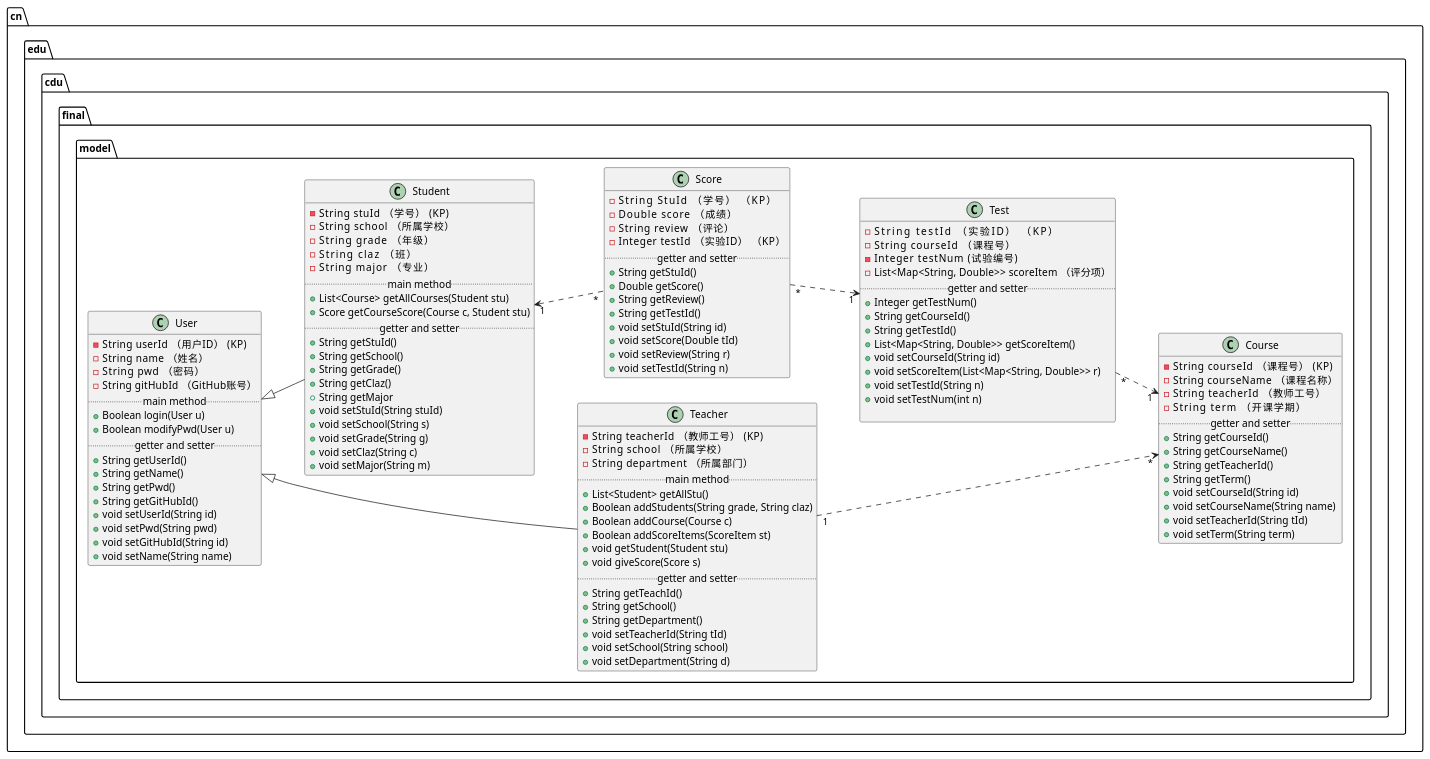
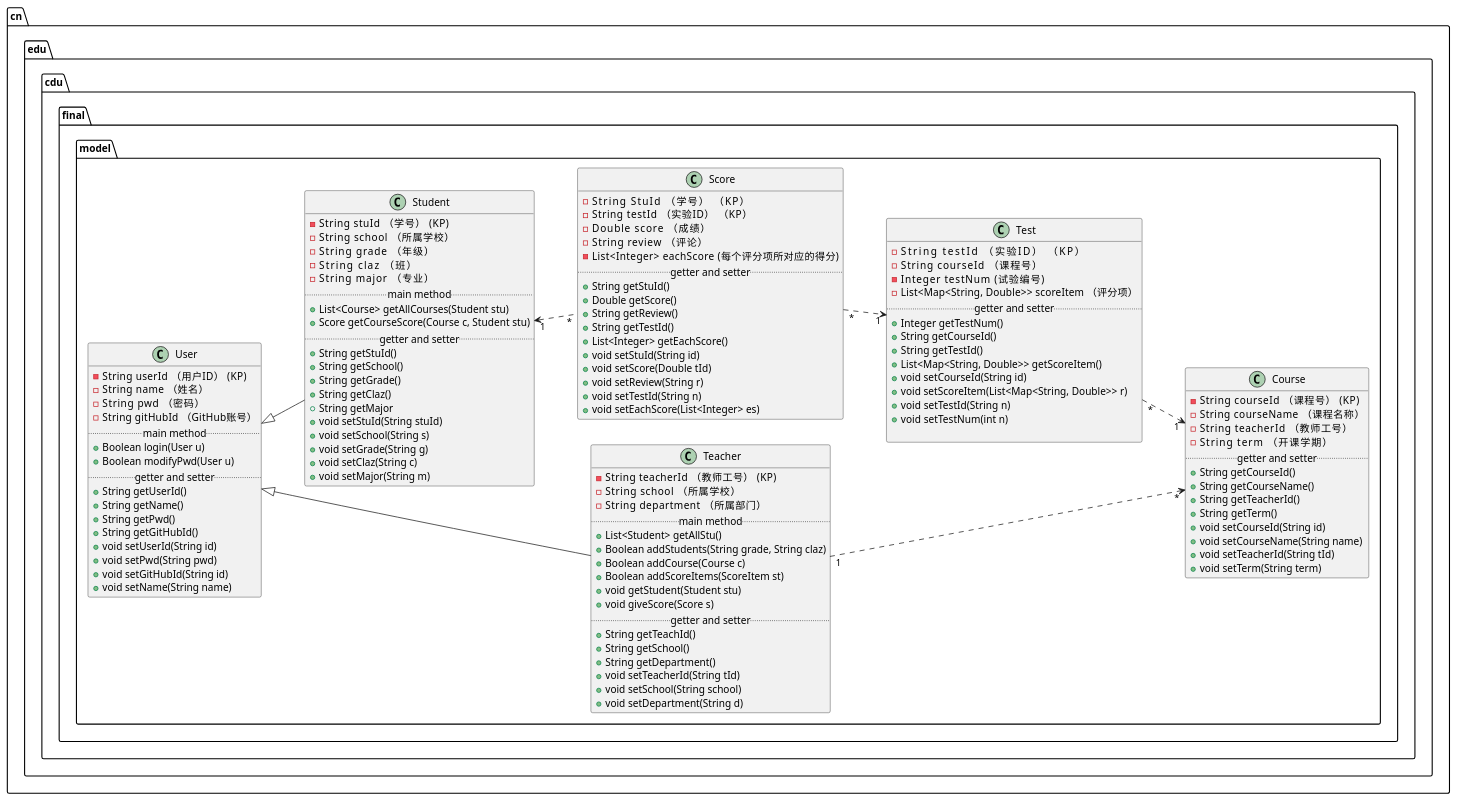
Before and after one commit to ApplauseWow/is_analysis: the diagram in test6/src/class.puml, drawn with PlantUML. The commit also changed 36 other files, not shown here.

```diff
--- a/test6/src/class.puml
+++ b/test6/src/class.puml
@@ -1,127 +1,130 @@
 @startuml
 left to right direction
 
 package cn.edu.cdu.final.model{
     class User{
         - String userId  （用户ID）   (KP)
         - String name   （姓名）
         - String pwd    （密码）
         - String gitHubId   （GitHub账号）
         ..main method..
         + Boolean login(User u)
         + Boolean modifyPwd(User u)
         ..getter and setter..
         + String getUserId()
         + String getName()
         + String getPwd()
         + String getGitHubId()
         + void setUserId(String id)
         + void setPwd(String pwd)
         + void setGitHubId(String id)
         + void setName(String name)
     }
 
     class Teacher{
         - String teacherId   （教师工号）   (KP)
         - String school     （所属学校）
         - String department     （所属部门）
         ..main method..
         + List<Student> getAllStu()
         + Boolean addStudents(String grade, String claz)
         + Boolean addCourse(Course c)
         + Boolean addScoreItems(ScoreItem st)
         + void getStudent(Student stu)
         + void giveScore(Score s)
         ..getter and setter..
         + String getTeachId()
         + String getSchool()
         + String getDepartment()
         + void setTeacherId(String tId)
         + void setSchool(String school)
         + void setDepartment(String d)
     }
 
     class Student{
         - String stuId   （学号）   (KP)
         - String school     （所属学校）
         - String grade      （年级）
         - String claz       （班）
         - String major      （专业）
         ..main method..
         + List<Course> getAllCourses(Student stu)
         + Score getCourseScore(Course c, Student stu)
         ..getter and setter..
         + String getStuId()
         + String getSchool()
         + String getGrade()
         + String getClaz()
         + String getMajor
         + void setStuId(String stuId)
         + void setSchool(String s)
         + void setGrade(String g)
         + void setClaz(String c)
         + void setMajor(String m)
     }
 
     class Course{
         - String courseId    （课程号）   (KP)
         - String courseName     （课程名称）
         - String teacherId      （教师工号）
         - String term       （开课学期）
         ..getter and setter..
         + String getCourseId()
         + String getCourseName()
         + String getTeacherId()
         + String getTerm()
         + void setCourseId(String id)
         + void setCourseName(String name)
         + void setTeacherId(String tId)
         + void setTerm(String term)
     }
 
     class Score{
         - String StuId      （学号）     （KP）
+        - String testId     （实验ID）  （KP）
         - Double score      （成绩）
         - String review     （评论）
-        - Integer testId     （实验ID）  （KP）
+        - List<Integer> eachScore      (每个评分项所对应的得分)
         ..getter and setter..
         + String getStuId()
         + Double getScore()
         + String getReview()
         + String getTestId()
+        + List<Integer> getEachScore()
         + void setStuId(String id)
         + void setScore(Double tId)
         + void setReview(String r)
         + void setTestId(String n)
+        + void setEachScore(List<Integer> es)
     }
 
     class Test{
         - String testId          （实验ID）      （KP）
         - String courseId       （课程号）
         - Integer testNum       (试验编号)
         - List<Map<String, Double>> scoreItem   （评分项）
         ..getter and setter..
         + Integer getTestNum()
         + String getCourseId()
         + String getTestId()
         + List<Map<String, Double>> getScoreItem()
         + void setCourseId(String id)
         + void setScoreItem(List<Map<String, Double>> r)
         + void setTestId(String n)
         + void setTestNum(int n)
 
     }
 
     User <|-- Teacher
     User <|-- Student
 
     Teacher "1" ..> "*" Course
     Student "1" <.. "*" Score
     Score "*" ..> "1" Test
     Test "*" ..> "1" Course
 
 }
 
 
 
 @enduml
```
